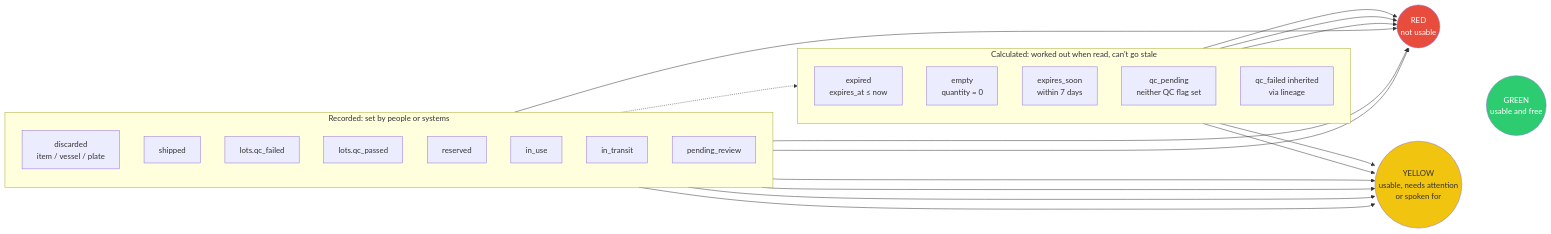
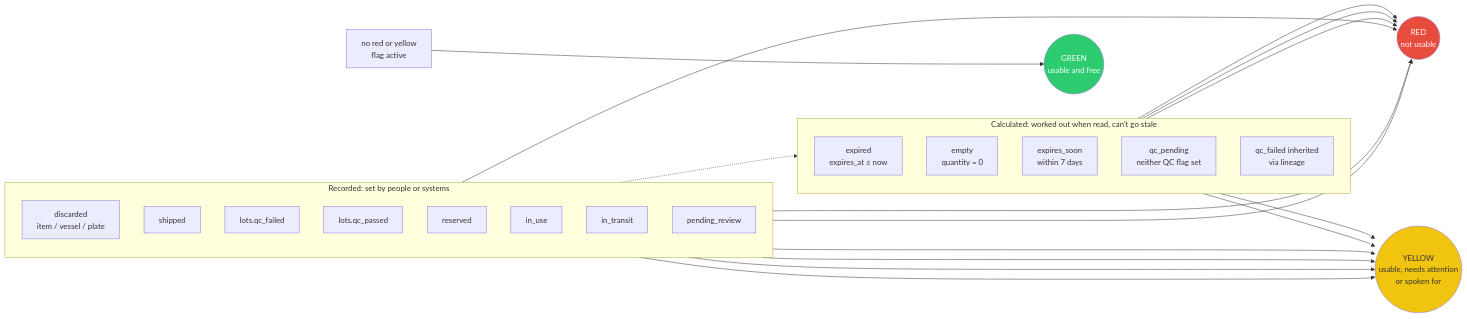
The sixth of 8 diagrams in README.md (siggisigg/Adaptyv), drawn with Mermaid before and after one commit. The commit also changed other lines of this file and 30 other files, not shown here.

````diff
--- a/README.md
+++ b/README.md
@@ -248,31 +286,31 @@
 ```mermaid
+%% file: traffic-light
 flowchart LR
     subgraph Recorded["Recorded: set by people or systems"]
         direction TB
         d[discarded<br/>item / vessel / plate]
         s[shipped]
         qf[lots.qc_failed]
         qp[lots.qc_passed]
         r[reserved]
         u[in_use]
         t[in_transit]
         pr[pending_review]
     end
     subgraph Calculated["Calculated: worked out when read, can't go stale"]
         direction TB
         e["expired<br/>expires_at ≤ now"]
         z[empty<br/>quantity = 0]
         es[expires_soon<br/>within 7 days]
         qpe[qc_pending<br/>neither QC flag set]
         qfi[qc_failed inherited<br/>via lineage]
     end
     d & s & e & z & qf & qfi --> RED((RED<br/>not usable))
     qpe & r & u & t & pr & es --> YEL((YELLOW<br/>usable, needs attention<br/>or spoken for))
     qp -.-> qpe
-    RED ~~~ GRN((GREEN<br/>usable and free))
-    YEL ~~~ GRN
+    none[no red or yellow<br/>flag active] --> GRN((GREEN<br/>usable and free))
 
     style RED fill:#e74c3c,color:#fff
     style YEL fill:#f1c40f
     style GRN fill:#2ecc71,color:#fff
 ```
````
